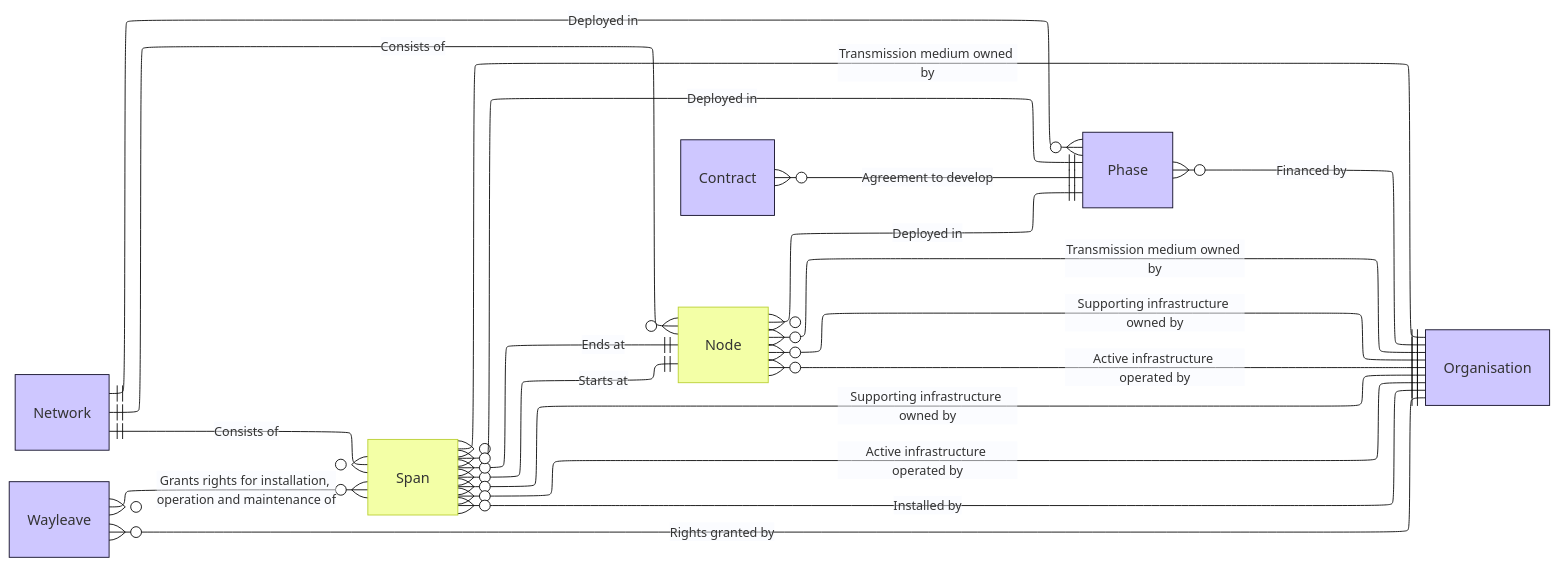
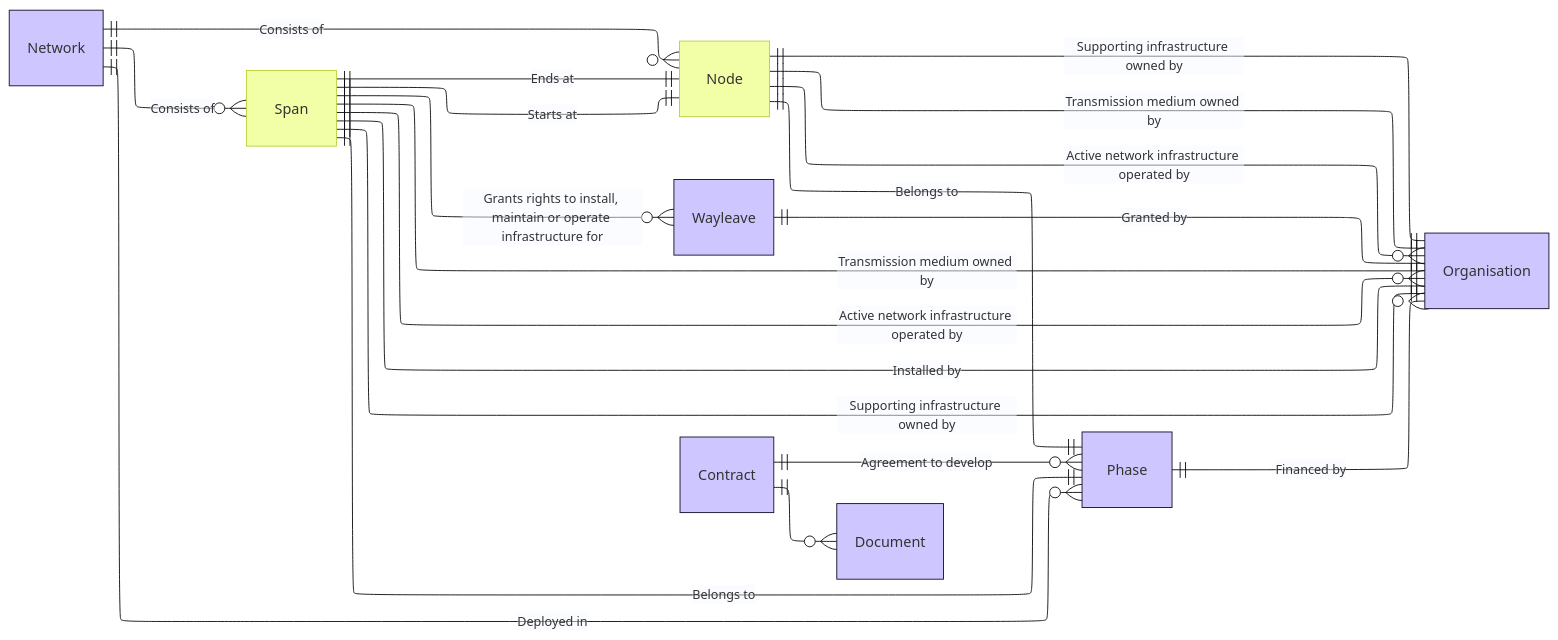
Before and after one commit to Open-Telecoms-Data/open-fibre-data-standard: the diagram in docs/reference/data_model/data_model.mmd, drawn with Mermaid (base theme). The commit also changed 2 other files, not shown here.

Commit message:
Automate ERD generation, update logic for extracting data model

```diff
--- a/docs/reference/data_model/data_model.mmd
+++ b/docs/reference/data_model/data_model.mmd
@@ -1,51 +1,28 @@
 ---
 config:
   layout: elk
 ---
 erDiagram
-    Network {
-    }
-    
-    Contract {
-    }
-
-    Node {
-    }
-
-    Organisation {
-    }
-
-    Phase {
-    }
-
-    Span {
-    }
-
-    Wayleave {
-    }
-
-    Network ||--o{ Node : "Consists of"
-    Network ||--o{ Span : "Consists of"
-    Network ||--o{ Phase : "Deployed in"
-    Node }o--|| Organisation : "Transmission medium owned by"
-    Node }o--|| Organisation : "Supporting infrastructure owned by"
-    Node }o--|| Organisation : "Active infrastructure operated by"
-    Node }o--|| Phase : "Deployed in"
-    Span }o--|| Node : "Starts at"
-    Span }o--|| Node : "Ends at"
-    Span }o--|| Organisation : "Transmission medium owned by"
-    Span }o--|| Organisation : "Supporting infrastructure owned by"
-    Span }o--|| Organisation : "Active infrastructure operated by"    
-    Span }o--|| Organisation : "Installed by"
-    Span }o--|| Phase : "Deployed in"
-    Contract }o--|| Phase: "Agreement to develop"
-    Phase }o--|| Organisation: "Financed by"
-    Wayleave }o--o{ Span: "Grants rights for installation, operation and maintenance of"
-    Wayleave }o--|| Organisation: "Rights granted by"
-
-    classDef spatial fill:#f3ffa6ff,stroke:#bbd034
-    classDef non-spatial fill:#cec7ffff,stroke:#110e27
-
-    class Node,Span spatial
-    class Network,Organisation,Phase,Contract,Wayleave non-spatial
-    direction LR
+Network ||--o{ Node: "Consists of"
+Network ||--o{ Span: "Consists of"
+Network ||--o{ Phase: "Deployed in"
+Node ||--|| Phase: "Belongs to"
+Node ||--|| Organisation: "Supporting infrastructure owned by"
+Node ||--|| Organisation: "Transmission medium owned by"
+Node ||--o{ Organisation: "Active network infrastructure operated by"
+Span ||--|| Phase: "Belongs to"
+Span ||--|| Node: "Starts at"
+Span ||--|| Node: "Ends at"
+Span ||--|| Organisation: "Transmission medium owned by"
+Span ||--o{ Organisation: "Active network infrastructure operated by"
+Span ||--|| Organisation: "Installed by"
+Span ||--|| Organisation: "Supporting infrastructure owned by"
+Span ||--o{ Wayleave: "Grants rights to install, maintain or operate infrastructure for"
+Phase ||--o{ Organisation: "Financed by"
+Contract ||--o{ Document: ""
+Contract ||--o{ Phase: "Agreement to develop"
+Wayleave ||--|| Organisation: "Granted by"classDef spatial fill:#f3ffa6ff,stroke:#bbd034
+classDef non-spatial fill:#cec7ffff,stroke:#110e27
+class Node,Span spatial
+class Network,Organisation,Phase,Contract,Wayleave,Document non-spatial
+direction LR
```
